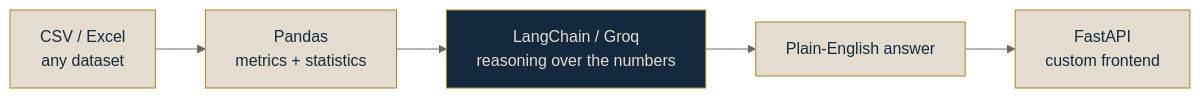
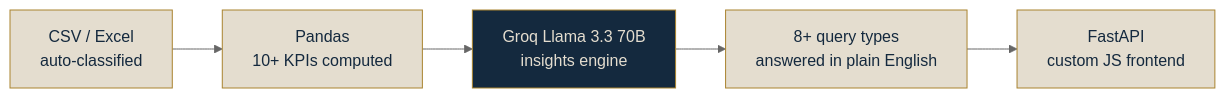
Before and after one commit to WnagarAryan/WnagarAryan: the second of 2 diagrams in README.md, drawn with Mermaid (neutral theme). The commit also changed other lines of this file and 2 other files, not shown here.

````diff
--- a/README.md
+++ b/README.md
@@ -214,13 +209,13 @@
 ```mermaid
 flowchart LR
-    A["CSV / Excel<br/>any dataset"] --> B["Pandas<br/>metrics + statistics"]
-    B --> C["LangChain / Groq<br/>reasoning over the numbers"]
-    C --> D["Plain-English answer"]
-    D --> E["FastAPI<br/>custom frontend"]
+    A["CSV / Excel<br/>auto-classified"] --> B["Pandas<br/>10+ KPIs computed"]
+    B --> C["Groq Llama 3.3 70B<br/>insights engine"]
+    C --> D["8+ query types<br/>answered in plain English"]
+    D --> E["FastAPI<br/>custom JS frontend"]
 
     style A fill:#e4ddcf,color:#14293e,stroke:#a9832f
     style B fill:#e4ddcf,color:#14293e,stroke:#a9832f
     style C fill:#14293e,color:#e4ddcf,stroke:#a9832f
     style D fill:#e4ddcf,color:#14293e,stroke:#a9832f
     style E fill:#e4ddcf,color:#14293e,stroke:#a9832f
 ```
````
